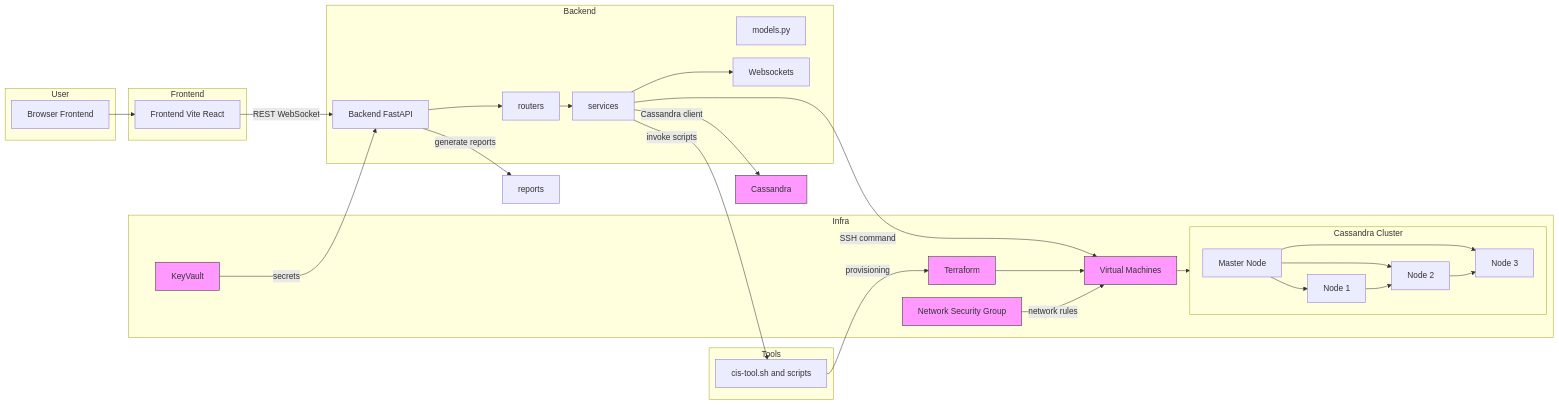
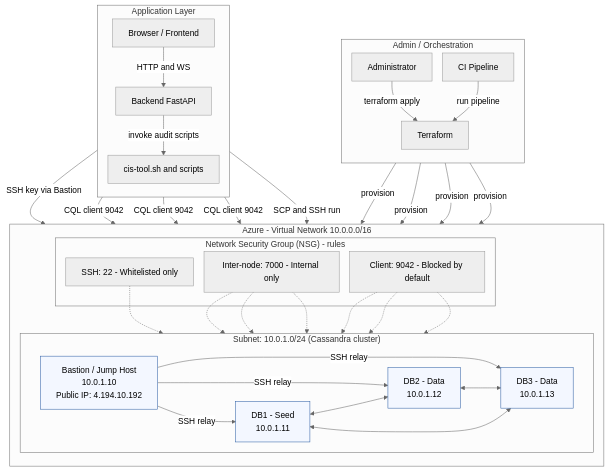
The diagram in diagrams/flows-infra.md (mquangpham575/cis-cassandra), drawn with Mermaid before and after one commit. The commit also changed other lines of this file and 24 other files, not shown here.

````diff
--- a/diagrams/flows-infra.md
+++ b/diagrams/flows-infra.md
@@ -5,60 +5,75 @@
 ```mermaid
-%%{init: {'theme':'default', 'flowchart': {'nodeSpacing': 25, 'rankSpacing': 25}} }%%
-flowchart LR
-  subgraph User
-    A[Browser Frontend]
+%%{init: {"theme":"neutral", "flowchart": {"nodeSpacing":20, "rankSpacing":28}} }%%
+flowchart TB
+
+  %% --- Admin / Orchestration
+  subgraph AdminLayer["Admin / Orchestration"]
+    direction TB
+    Admin[Administrator]
+    TF[Terraform]
+    CI[CI Pipeline]
   end
 
-  subgraph Frontend
-    FE[Frontend Vite React]
+  %% --- Application Layer
+  subgraph App["Application Layer"]
+    direction TB
+    FE[Browser / Frontend]
+    Backend[Backend FastAPI]
+    Tools[cis-tool.sh and scripts]
   end
 
-  subgraph Backend
-    BE[Backend FastAPI]
-    Routers[routers]
-    Services[services]
-    Models[models.py]
-    WS[Websockets]
-  end
+  %% --- Azure Network / Cassandra Cluster
+  subgraph Azure["Azure - Virtual Network 10.0.0.0/16"]
+    direction TB
+    subgraph Subnet["Subnet: 10.0.1.0/24 (Cassandra cluster)"]
+      direction LR
+      Bastion[Bastion / Jump Host<br>10.0.1.10<br>Public IP: 4.194.10.192]
+      DB1[DB1 - Seed<br>10.0.1.11]
+      DB2[DB2 - Data<br>10.0.1.12]
+      DB3[DB3 - Data<br>10.0.1.13]
+    end
 
-  subgraph Tools
-    CLI[cis-tool.sh and scripts]
-  end
-
-  subgraph Infra
-    TF[Terraform]
-    VMs[Virtual Machines]
-    KV[KeyVault]
-    NSG[Network Security Group]
-    subgraph CassandraCluster[Cassandra Cluster]
-      direction LR
-      Master[Master Node]
-      N1[Node 1]
-      N2[Node 2]
-      N3[Node 3]
+    subgraph NSG["Network Security Group (NSG) - rules"]
+      NSG22[SSH: 22 - Whitelisted only]
+      NSG7000[Inter-node: 7000 - Internal only]
+      NSG9042[Client: 9042 - Blocked by default]
     end
   end
 
-  A --> FE
-  FE -->|REST WebSocket| BE
-  BE --> Routers
-  Routers --> Services
-  Services -->|SSH command| VMs
-  Services -->|Cassandra client| Cassandra
-  Services -->|invoke scripts| CLI
-  Services --> WS
-  CLI -->|provisioning| TF
-  TF --> VMs
-  VMs --> Master
-  Master --> N1
-  Master --> N2
-  Master --> N3
-  N1 --> N2
-  N2 --> N3
-  KV -->|secrets| BE
-  NSG -->|network rules| VMs
-  BE -->|generate reports| Reports[reports]
+  %% --- Flows / Connections
+  Admin -->|terraform apply| TF
+  CI -->|run pipeline| TF
+  TF -->|provision| Bastion
+  TF -->|provision| DB1
+  TF -->|provision| DB2
+  TF -->|provision| DB3
 
-  classDef infra fill:#f9f,stroke:#333,stroke-width:1px;
-  class TF,VMs,KV,Cassandra,NSG infra;
+  FE -->|HTTP and WS| Backend
+  Backend -->|SSH key via Bastion| Bastion
+  Backend -->|CQL client 9042| DB1
+  Backend -->|CQL client 9042| DB2
+  Backend -->|CQL client 9042| DB3
+  Backend -->|invoke audit scripts| Tools
+  Tools -->|SCP and SSH run| Bastion
+
+  Bastion -->|SSH relay| DB1
+  Bastion -->|SSH relay| DB2
+  Bastion -->|SSH relay| DB3
+
+  %% Cassandra ring (bidirectional gossip)
+  DB1 <--> DB2
+  DB2 <--> DB3
+  DB3 <--> DB1
+
+  %% NSG visual links (dashed)
+  NSG22 -.-> Bastion
+  NSG7000 -.-> DB1
+  NSG7000 -.-> DB2
+  NSG7000 -.-> DB3
+  NSG9042 -.-> DB1
+  NSG9042 -.-> DB2
+  NSG9042 -.-> DB3
+
+  classDef infra fill:#f3f7ff,stroke:#2b5ca3,stroke-width:1px;
+  class Bastion,DB1,DB2,DB3 infra;
 ```
````
